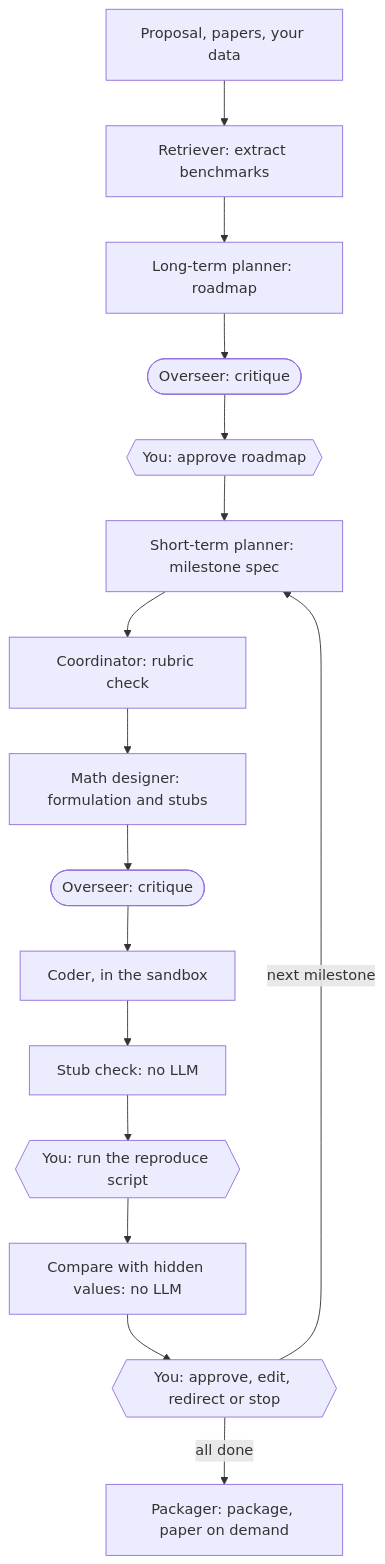
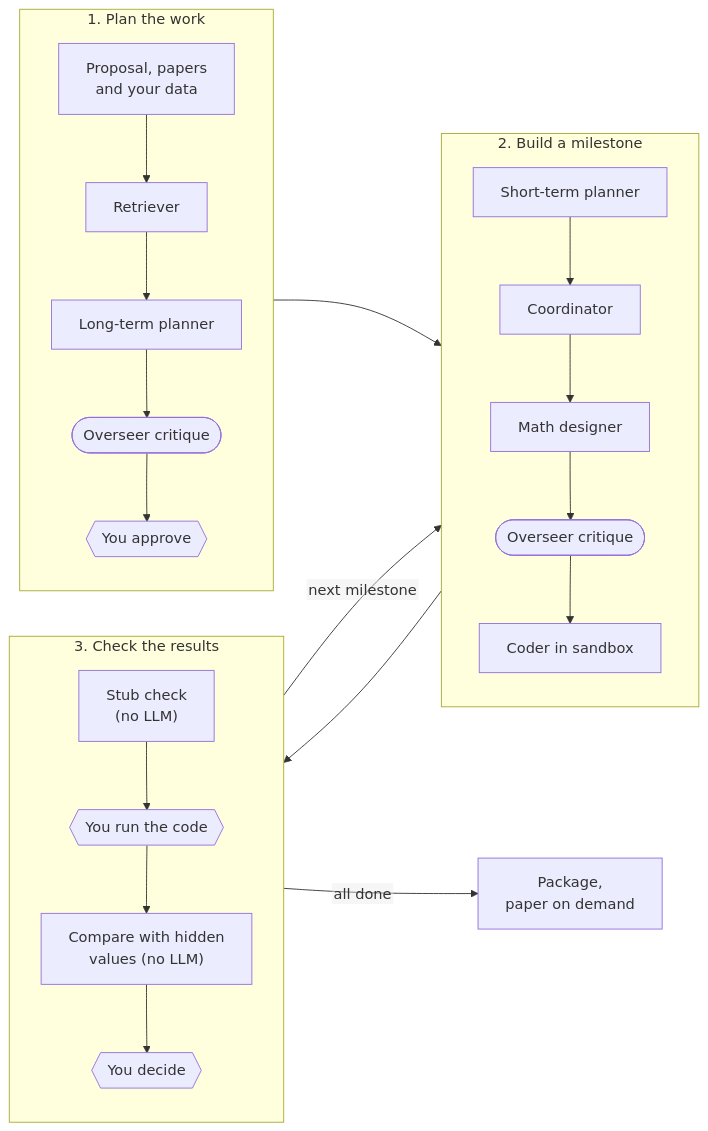
One commit to arvindersingh39/holdout-research changed the diagram in README.md. Above: the diagram before and after it, drawn with Mermaid.

Commit message:
docs(readme): stop the diagram clipping its labels

````diff
--- a/README.md
+++ b/README.md
@@ -51,18 +51,28 @@
 ```mermaid
-flowchart TD
-  P["Proposal, papers, your data"] --> R["Retriever: extract benchmarks"]
-  R --> LP["Long-term planner: roadmap"]
-  LP --> O1(["Overseer: critique"])
-  O1 --> G1{{"You: approve roadmap"}}
-  G1 --> SP["Short-term planner: milestone spec"]
-  SP --> CO["Coordinator: rubric check"]
-  CO --> MD["Math designer: formulation and stubs"]
-  MD --> O2(["Overseer: critique"])
-  O2 --> C["Coder, in the sandbox"]
-  C --> S["Stub check: no LLM"]
-  S --> G2{{"You: run the reproduce script"}}
-  G2 --> CMP["Compare with hidden values: no LLM"]
-  CMP --> G3{{"You: approve, edit, redirect or stop"}}
-  G3 -->|next milestone| SP
-  G3 -->|all done| PK["Packager: package, paper on demand"]
+%%{init: {"flowchart": {"htmlLabels": false}}}%%
+flowchart LR
+  subgraph PLAN["1. Plan the work"]
+    direction TB
+    P["Proposal, papers<br/>and your data"] --> R["Retriever"]
+    R --> LP["Long-term planner"]
+    LP --> O1(["Overseer critique"])
+    O1 --> G1{{"You approve"}}
+  end
+  subgraph BUILD["2. Build a milestone"]
+    direction TB
+    SP["Short-term planner"] --> CO["Coordinator"]
+    CO --> MD["Math designer"]
+    MD --> O2(["Overseer critique"])
+    O2 --> C["Coder in sandbox"]
+  end
+  subgraph CHECK["3. Check the results"]
+    direction TB
+    S["Stub check<br/>(no LLM)"] --> G2{{"You run the code"}}
+    G2 --> CMP["Compare with hidden<br/>values (no LLM)"]
+    CMP --> G3{{"You decide"}}
+  end
+  PLAN --> BUILD
+  BUILD --> CHECK
+  CHECK -->|next milestone| BUILD
+  CHECK -->|all done| PK["Package,<br/>paper on demand"]
 ```
````
